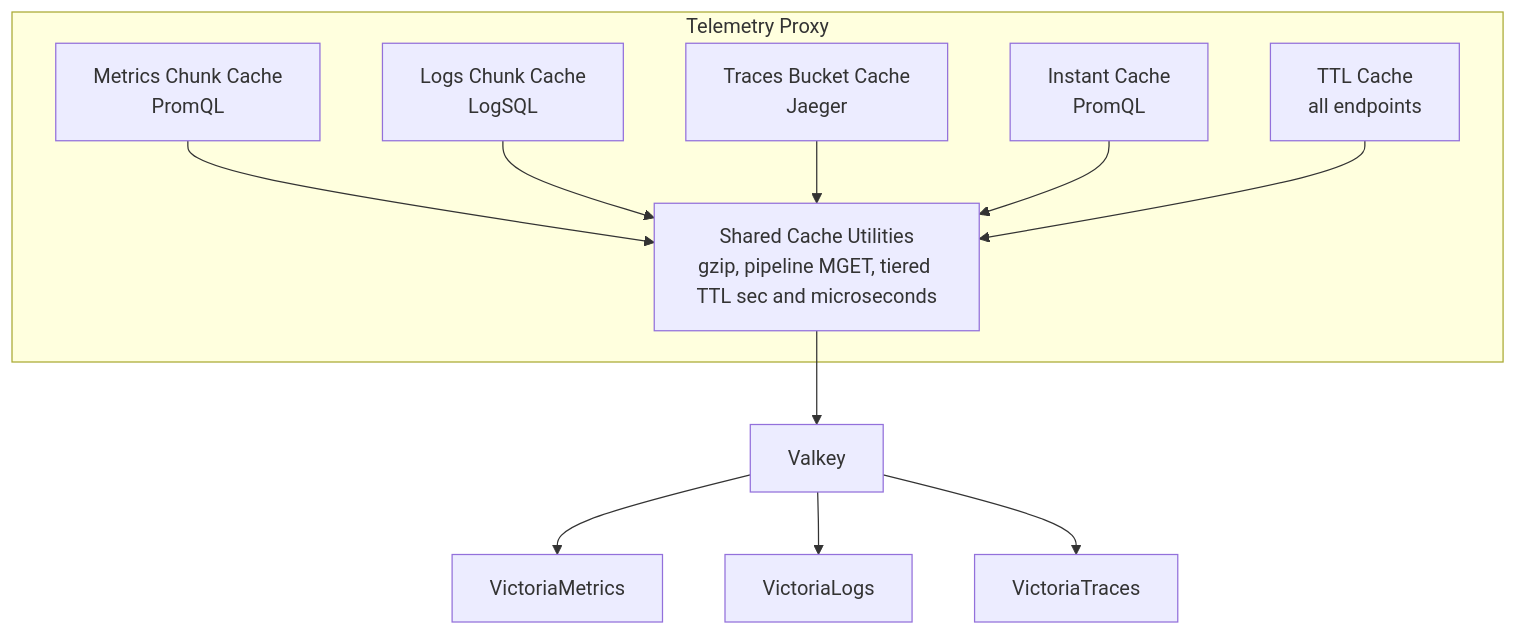
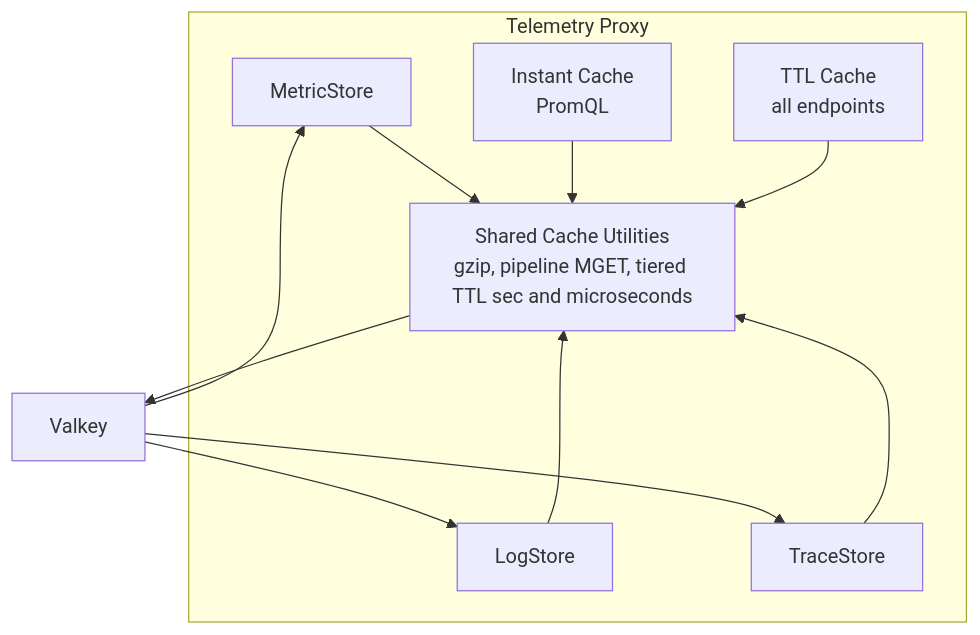
Before and after one commit to mirastacklabs-ai/mirastacklabs-ai.github.io: the first of 3 diagrams in blog/tech-blog-chunk-split-caching.md, drawn with Mermaid. The commit also changed other lines of this file, not shown here.

````diff
--- a/blog/tech-blog-chunk-split-caching.md
+++ b/blog/tech-blog-chunk-split-caching.md
@@ -76,21 +76,21 @@
 ```mermaid
 flowchart TB
   subgraph TP[Telemetry Proxy]
     M[Metrics Chunk Cache\nPromQL]
     L[Logs Chunk Cache\nLogSQL]
     T[Traces Bucket Cache\nJaeger]
     I[Instant Cache\nPromQL]
     C[TTL Cache\nall endpoints]
     U[Shared Cache Utilities\ngzip, pipeline MGET, tiered TTL sec and microseconds]
     M --> U
     L --> U
     T --> U
     I --> U
     C --> U
   end
 
   U --> V[Valkey]
-  V --> VM[VictoriaMetrics]
-  V --> VL[VictoriaLogs]
-  V --> VT[VictoriaTraces]
+  V --> M[MetricStore]
+  V --> L[LogStore]
+  V --> T[TraceStore]
 ```
````
